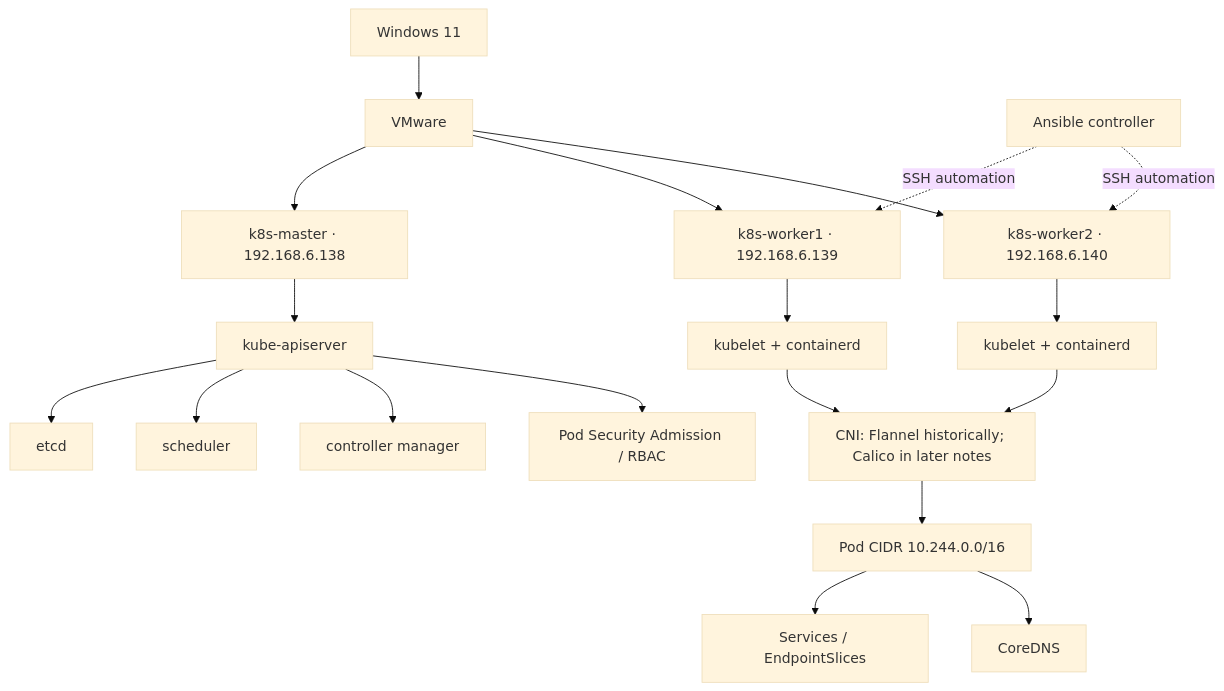
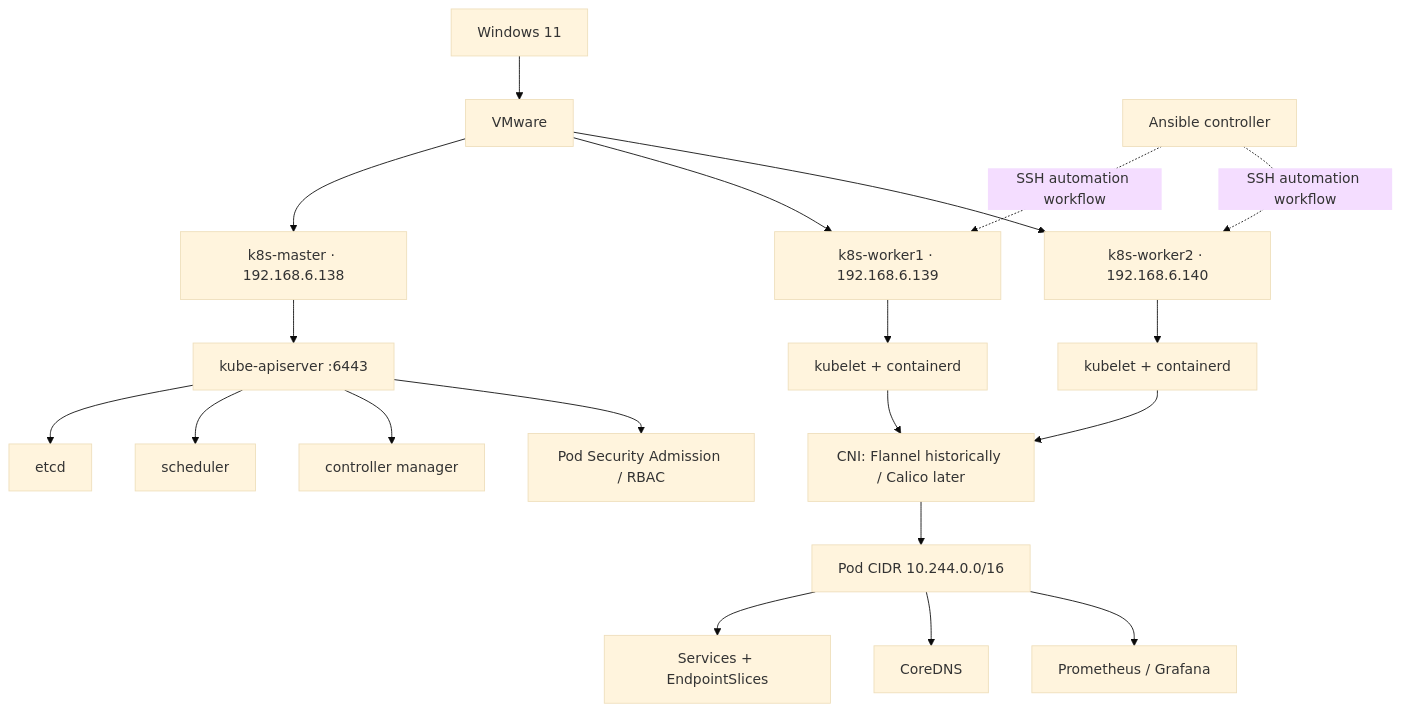
One commit to Rash499/kubernetes-cluster-lab changed the first of 8 diagrams in diagrams/README.md. Above: the diagram before and after it, drawn with Mermaid (base theme). The commit also changed other lines of this file, not shown here.

Commit message:
Add service exposure monitoring and policy diagrams

````diff
--- a/diagrams/README.md
+++ b/diagrams/README.md
@@ -4,21 +7,22 @@
 ```mermaid
 flowchart TB
   Host["Windows 11"] --> VMware["VMware"]
   VMware --> CP["k8s-master · 192.168.6.138"]
   VMware --> W1["k8s-worker1 · 192.168.6.139"]
   VMware --> W2["k8s-worker2 · 192.168.6.140"]
-  CP --> API["kube-apiserver"]
+  CP --> API["kube-apiserver :6443"]
   API --> ETCD["etcd"]
   API --> SCH["scheduler"]
   API --> CCM["controller manager"]
   W1 --> K1["kubelet + containerd"]
   W2 --> K2["kubelet + containerd"]
-  K1 --> CNI["CNI: Flannel historically; Calico in later notes"]
+  K1 --> CNI["CNI: Flannel historically / Calico later"]
   K2 --> CNI
   CNI --> Pods["Pod CIDR 10.244.0.0/16"]
-  Pods --> Services["Services / EndpointSlices"]
+  Pods --> Svc["Services + EndpointSlices"]
   Pods --> DNS["CoreDNS"]
   API --> Security["Pod Security Admission / RBAC"]
-  Ansible["Ansible controller"] -. SSH automation .-> W1
-  Ansible -. SSH automation .-> W2
+  Pods --> Monitor["Prometheus / Grafana"]
+  Ansible["Ansible controller"] -. "SSH automation workflow" .-> W1
+  Ansible -. "SSH automation workflow" .-> W2
 ```
````
